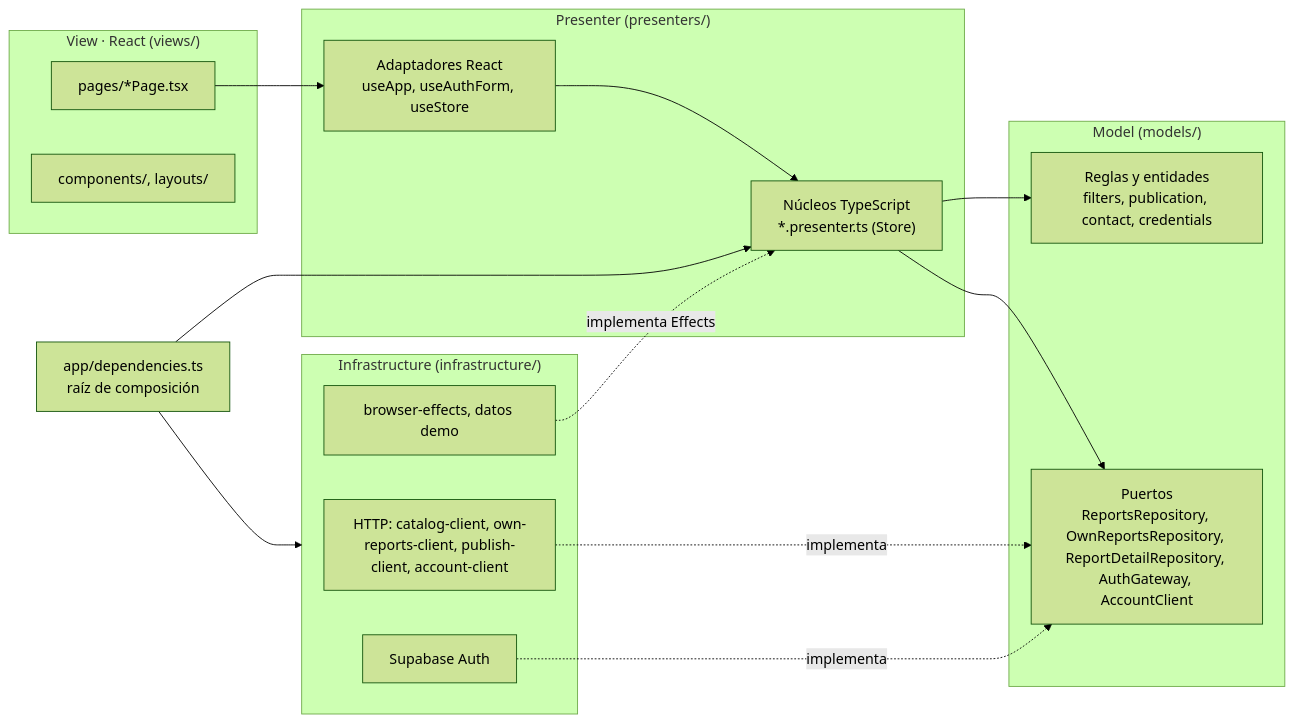
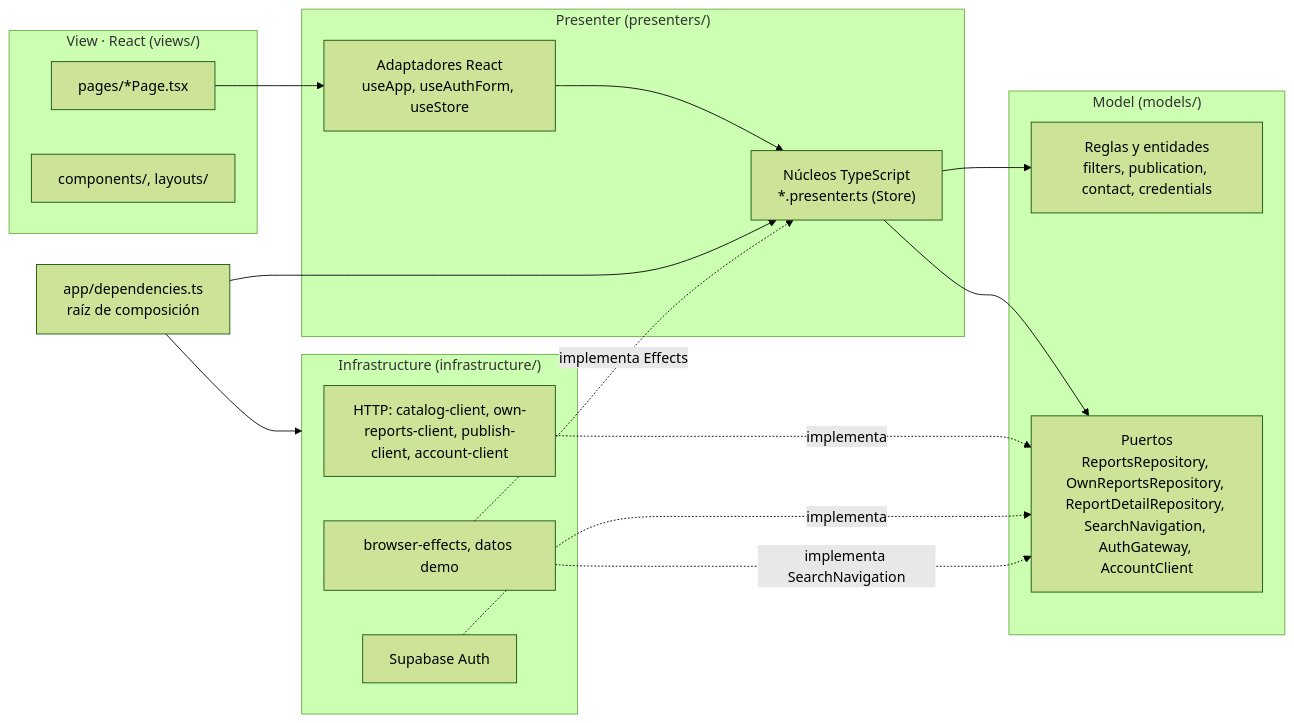
One commit to Alee053/perdi-u changed the diagram in docs/architecture/mvp.md. Above: the diagram before and after it, drawn with Mermaid (forest theme). The commit also changed other lines of this file and 17 other files, not shown here.

````diff
--- a/docs/architecture/mvp.md
+++ b/docs/architecture/mvp.md
@@ -25,29 +25,30 @@
 ```mermaid
 flowchart LR
   subgraph View["View · React (views/)"]
     Pages["pages/*Page.tsx"]
     Components["components/, layouts/"]
   end
   subgraph Presenter["Presenter (presenters/)"]
     Hooks["Adaptadores React<br/>useApp, useAuthForm, useStore"]
     Core["Núcleos TypeScript<br/>*.presenter.ts (Store)"]
   end
   subgraph Model["Model (models/)"]
     Rules["Reglas y entidades<br/>filters, publication, contact, credentials"]
-    Ports["Puertos<br/>ReportsRepository, OwnReportsRepository, ReportDetailRepository, AuthGateway, AccountClient"]
+    Ports["Puertos<br/>ReportsRepository, OwnReportsRepository, ReportDetailRepository, SearchNavigation, AuthGateway, AccountClient"]
   end
   subgraph Infra["Infrastructure (infrastructure/)"]
     Http["HTTP: catalog-client, own-reports-client, publish-client, account-client"]
     Auth["Supabase Auth"]
     Browser["browser-effects, datos demo"]
   end
   App["app/dependencies.ts<br/>raíz de composición"]
 
   Pages --> Hooks --> Core --> Rules
   Core --> Ports
   Http -. implementa .-> Ports
   Auth -. implementa .-> Ports
+  Browser -. implementa SearchNavigation .-> Ports
   App --> Core
   App --> Infra
   Browser -. implementa Effects .-> Core
 ```
````
